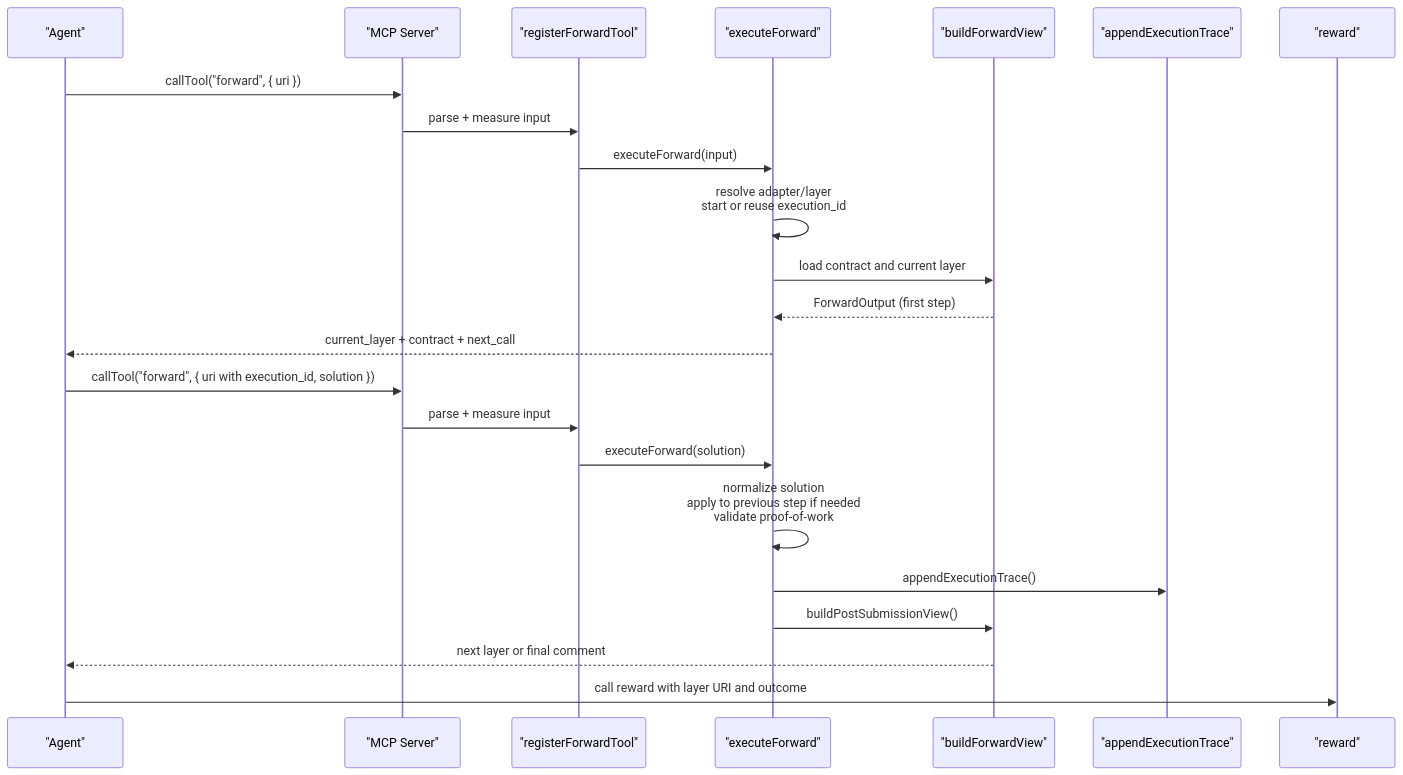
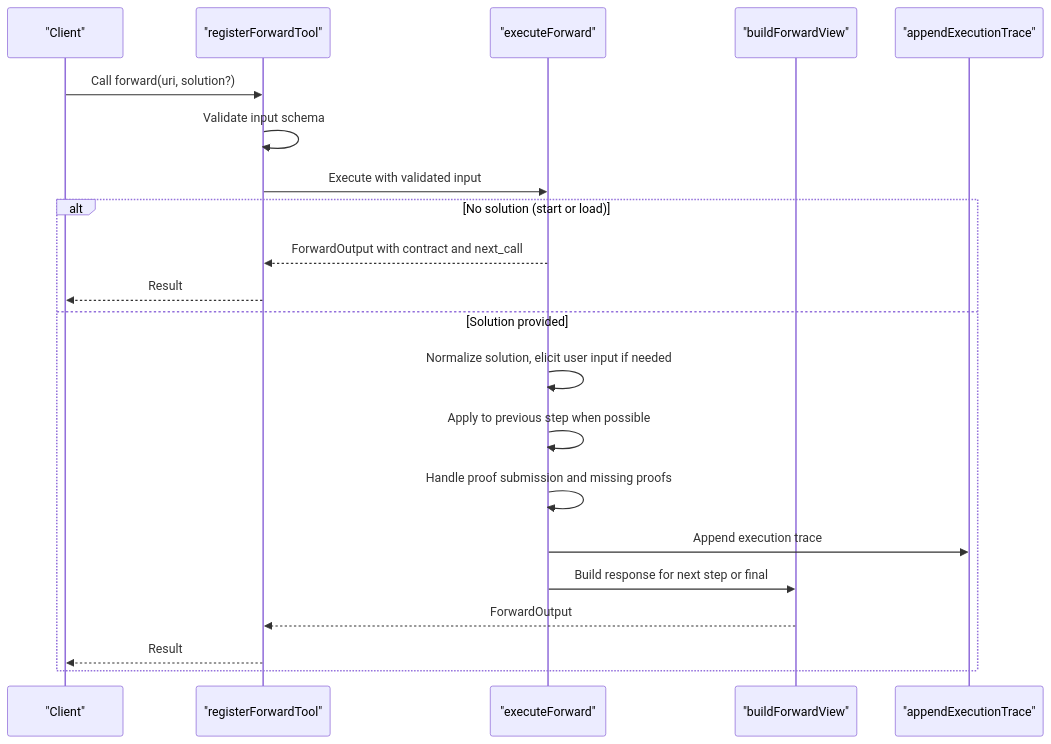
The second of 4 diagrams in .qoder/repowiki/en/content/MCP Tools Reference/Forward Tool.md (SquadRules/mcp), drawn with Mermaid before and after one commit. The commit also changed other lines of this file and 553 other files, not shown here.

````diff
--- a/.qoder/repowiki/en/content/MCP Tools Reference/Forward Tool.md
+++ b/.qoder/repowiki/en/content/MCP Tools Reference/Forward Tool.md
@@ -85,25 +90,23 @@
 ```mermaid
 sequenceDiagram
-participant Agent as "Agent"
-participant MCP as "MCP Server"
+participant Client as "Client"
 participant Reg as "registerForwardTool"
 participant Exec as "executeForward"
 participant View as "buildForwardView"
 participant Trace as "appendExecutionTrace"
-participant Reward as "reward"
-Agent->>MCP : callTool("forward", { uri })
-MCP->>Reg : parse + measure input
-Reg->>Exec : executeForward(input)
-Exec->>Exec : resolve adapter/layer<br/>start or reuse execution_id
-Exec->>View : load contract and current layer
-View-->>Exec : ForwardOutput (first step)
-Exec-->>Agent : current_layer + contract + next_call
-Agent->>MCP : callTool("forward", { uri with execution_id, solution })
-MCP->>Reg : parse + measure input
-Reg->>Exec : executeForward(solution)
-Exec->>Exec : normalize solution<br/>apply to previous step if needed<br/>validate proof-of-work
-Exec->>Trace : appendExecutionTrace()
-Exec->>View : buildPostSubmissionView()
-View-->>Agent : next layer or final comment
-Agent->>Reward : call reward with layer URI and outcome
+Client->>Reg : Call forward(uri, solution?)
+Reg->>Reg : Validate input schema
+Reg->>Exec : Execute with validated input
+alt No solution (start or load)
+Exec-->>Reg : ForwardOutput with contract and next_call
+Reg-->>Client : Result
+else Solution provided
+Exec->>Exec : Normalize solution, elicit user input if needed
+Exec->>Exec : Apply to previous step when possible
+Exec->>Exec : Handle proof submission and missing proofs
+Exec->>Trace : Append execution trace
+Exec->>View : Build response for next step or final
+View-->>Reg : ForwardOutput
+Reg-->>Client : Result
+end
 ```
````
